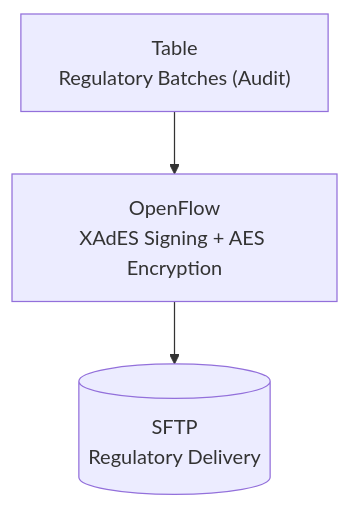
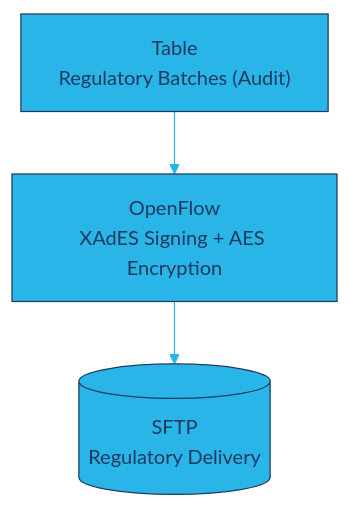
The third of 4 diagrams in README.md (sfc-gh-dchaffelson/openflow-regulatory-reporting-demo), drawn with Mermaid before and after one commit. The commit also changed other lines of this file, not shown here.

First line of the commit message:
Add Snowflake branding to Mermaid diagrams

````diff
--- a/README.md
+++ b/README.md
@@ -131,7 +133,8 @@
 ```mermaid
+%%{init: {'theme': 'base', 'themeVariables': {'primaryColor': '#29B5E8', 'primaryTextColor': '#1E3A5F', 'primaryBorderColor': '#1E3A5F', 'lineColor': '#29B5E8', 'secondaryColor': '#E8F4FA', 'tertiaryColor': '#FFFFFF'}}}%%
 flowchart TB
     H["Table<br/>Regulatory Batches (Audit)"]
     I["OpenFlow<br/>XAdES Signing + AES Encryption"]
     J[("SFTP<br/>Regulatory Delivery")]
     H --> I --> J
 ```
````
